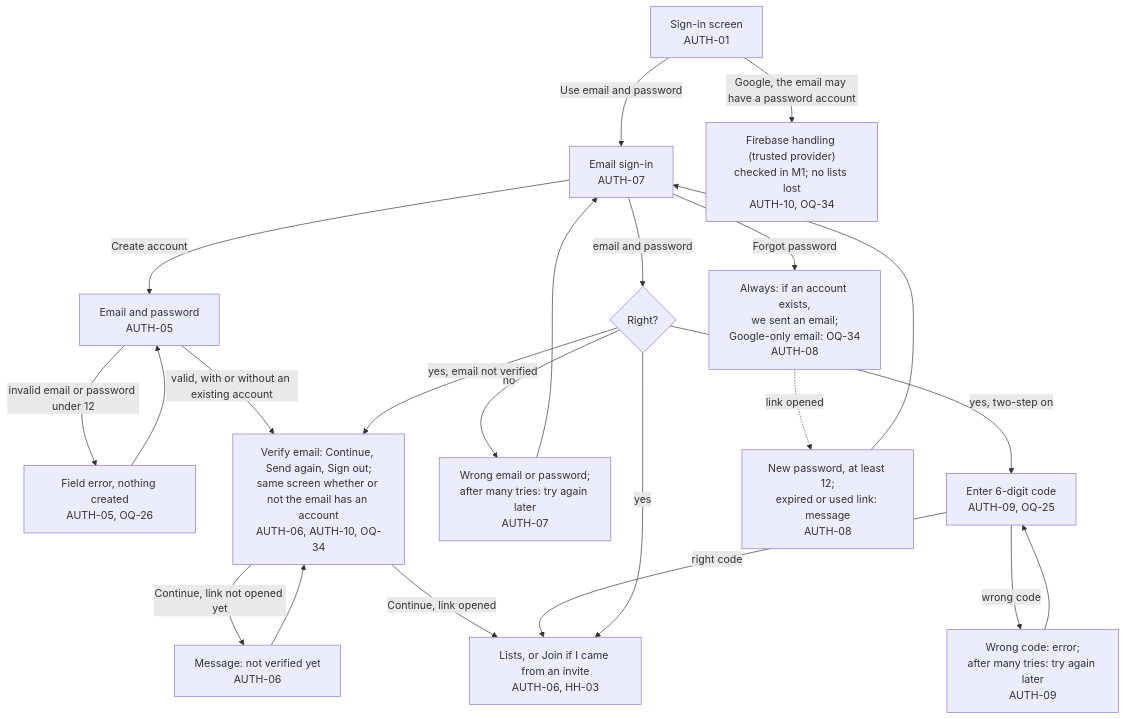
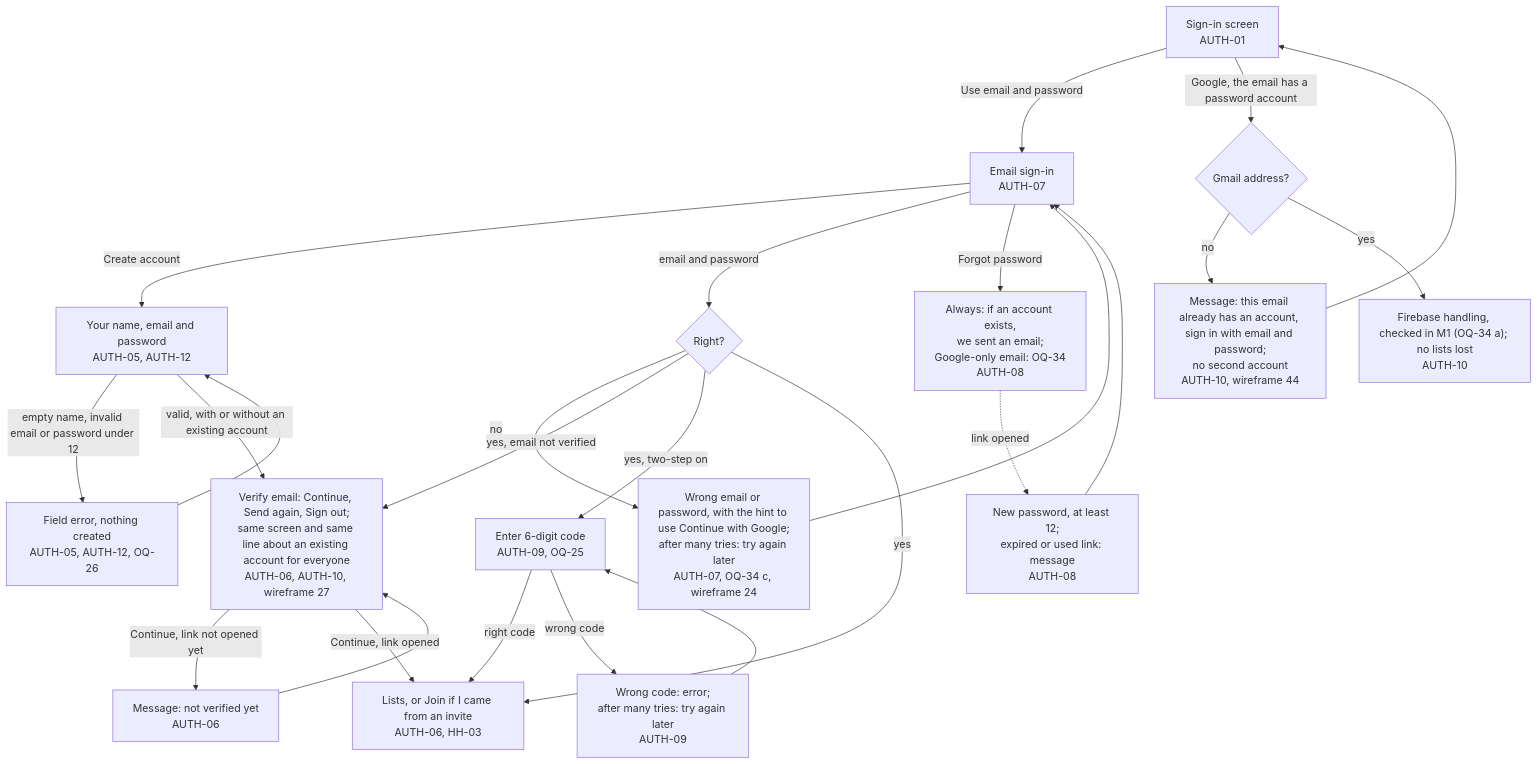
Before and after one commit to bondo/listicles2: the third of 11 diagrams in docs/product/flow.md, drawn with Mermaid. The commit also changed other lines of this file and 1 other file, not shown here.

First line of the commit message:
docs: stories and flow for the M1 UI wording (AUTH-12, START-01, confirmations, texts)

````diff
--- a/docs/product/flow.md
+++ b/docs/product/flow.md
@@ -88,19 +95,21 @@
 ```mermaid
 flowchart TD
     si["Sign-in screen<br>AUTH-01"] -- "Use email and password" --> es["Email sign-in<br>AUTH-07"]
-    es -- "Create account" --> ca["Email and password<br>AUTH-05"]
-    ca -- "invalid email or password under 12" --> caerr["Field error, nothing created<br>AUTH-05, OQ-26"] --> ca
-    ca -- "valid, with or without an existing account" --> ve["Verify email: Continue, Send again, Sign out;<br>same screen whether or not the email has an account<br>AUTH-06, AUTH-10, OQ-34"]
+    es -- "Create account" --> ca["Your name, email and password<br>AUTH-05, AUTH-12"]
+    ca -- "empty name, invalid email or password under 12" --> caerr["Field error, nothing created<br>AUTH-05, AUTH-12, OQ-26"] --> ca
+    ca -- "valid, with or without an existing account" --> ve["Verify email: Continue, Send again, Sign out;<br>same screen and same line about an existing account for everyone<br>AUTH-06, AUTH-10, wireframe 27"]
     ve -- "Continue, link not opened yet" --> vnot["Message: not verified yet<br>AUTH-06"] --> ve
     ve -- "Continue, link opened" --> home["Lists, or Join if I came from an invite<br>AUTH-06, HH-03"]
     es -- "email and password" --> ok{"Right?"}
-    ok -- "no" --> wrong["Wrong email or password;<br>after many tries: try again later<br>AUTH-07"] --> es
+    ok -- "no" --> wrong["Wrong email or password, with the hint to use Continue with Google;<br>after many tries: try again later<br>AUTH-07, OQ-34 c, wireframe 24"] --> es
     ok -- "yes, email not verified" --> ve
     ok -- "yes, two-step on" --> code["Enter 6-digit code<br>AUTH-09, OQ-25"]
     code -- "right code" --> home
     code -- "wrong code" --> codeerr["Wrong code: error;<br>after many tries: try again later<br>AUTH-09"] --> code
     ok -- "yes" --> home
     es -- "Forgot password" --> rp["Always: if an account exists,<br>we sent an email;<br>Google-only email: OQ-34<br>AUTH-08"]
     rp -. "link opened" .-> newpw["New password, at least 12;<br>expired or used link: message<br>AUTH-08"] --> es
-    si -- "Google, the email may have a password account" --> gsame["Firebase handling (trusted provider)<br>checked in M1; no lists lost<br>AUTH-10, OQ-34"]
+    si -- "Google, the email has a password account" --> gsame{"Gmail address?"}
+    gsame -- "no" --> coll["Message: this email already has an account, sign in with email and password;<br>no second account<br>AUTH-10, wireframe 44"] --> si
+    gsame -- "yes" --> gmail["Firebase handling, checked in M1 (OQ-34 a); no lists lost<br>AUTH-10"]
 ```
````
